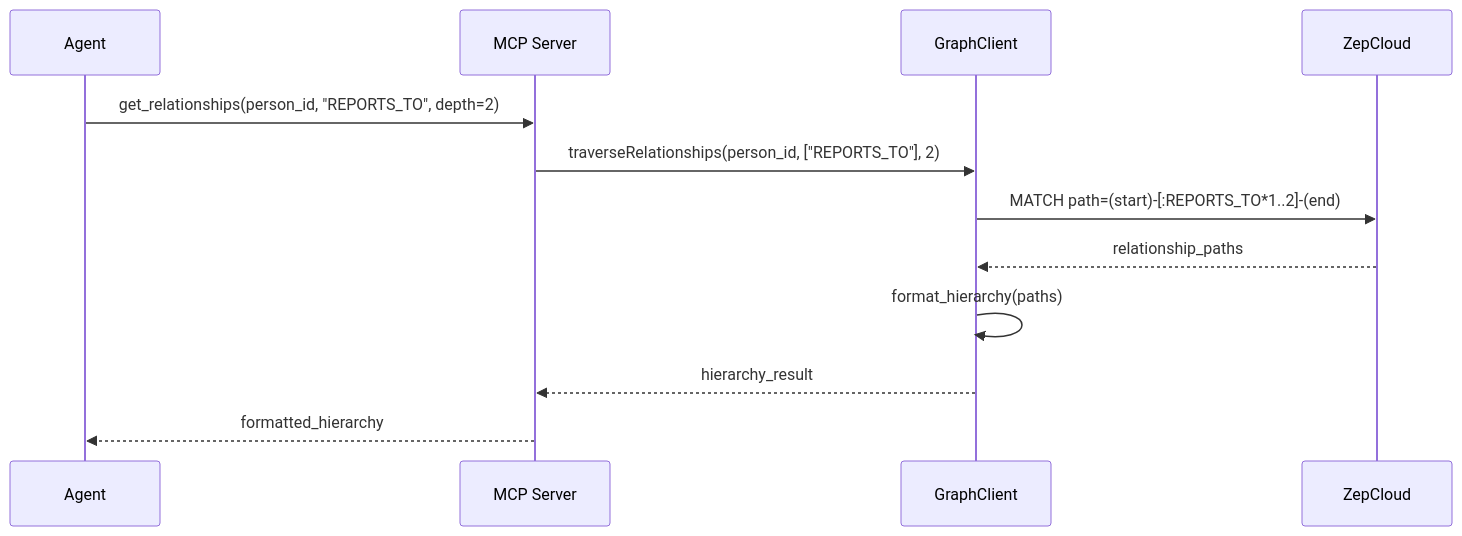
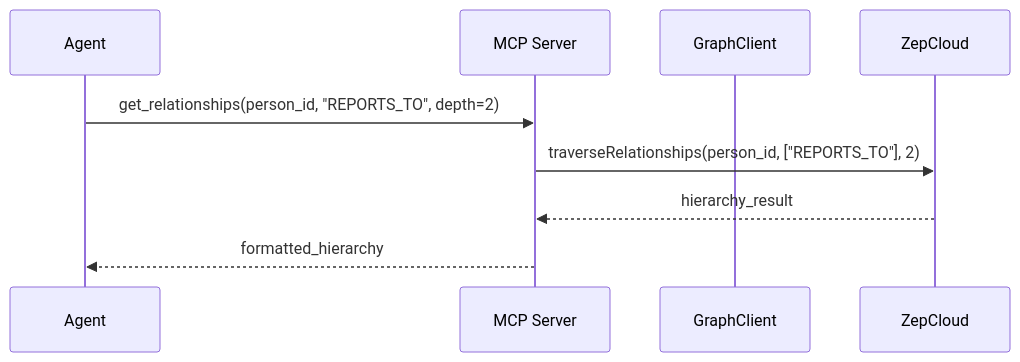
Before and after one commit to leovigna/agent-coeus: the fourth of 7 diagrams in ARCHITECTURE.md, drawn with Mermaid. The commit also changed other lines of this file and 3 other files, not shown here.

Commit message:
fix architecture/templates rule

````diff
--- a/ARCHITECTURE.md
+++ b/ARCHITECTURE.md
@@ -217,15 +171,12 @@
 ```mermaid
 sequenceDiagram
     participant Agent
     participant MCP as MCP Server
     participant GraphClient
     participant ZepCloud
 
     Agent->>MCP: get_relationships(person_id, "REPORTS_TO", depth=2)
-    MCP->>GraphClient: traverseRelationships(person_id, ["REPORTS_TO"], 2)
-    GraphClient->>ZepCloud: MATCH path=(start)-[:REPORTS_TO*1..2]-(end)
-    ZepCloud-->>GraphClient: relationship_paths
-    GraphClient->>GraphClient: format_hierarchy(paths)
-    GraphClient-->>MCP: hierarchy_result
+    MCP->>ZepCloud: traverseRelationships(person_id, ["REPORTS_TO"], 2)
+    ZepCloud-->>MCP: hierarchy_result
     MCP-->>Agent: formatted_hierarchy
 ```
````
